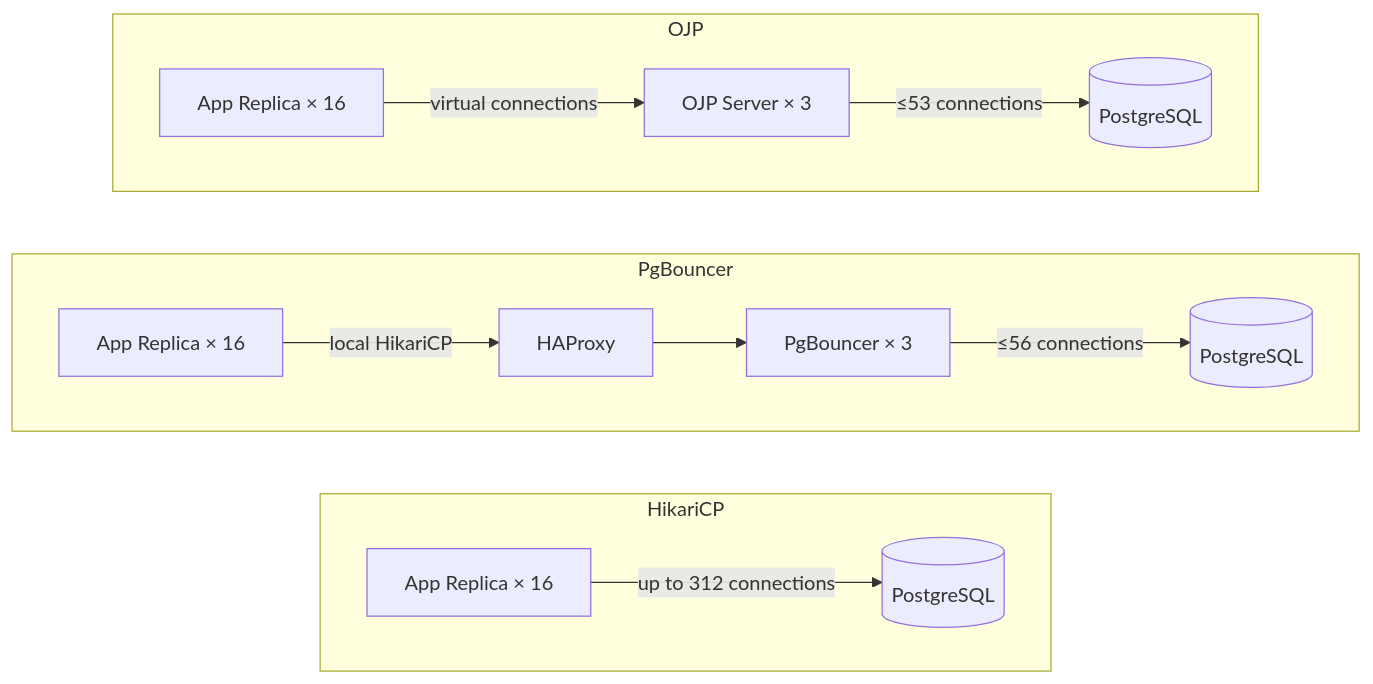
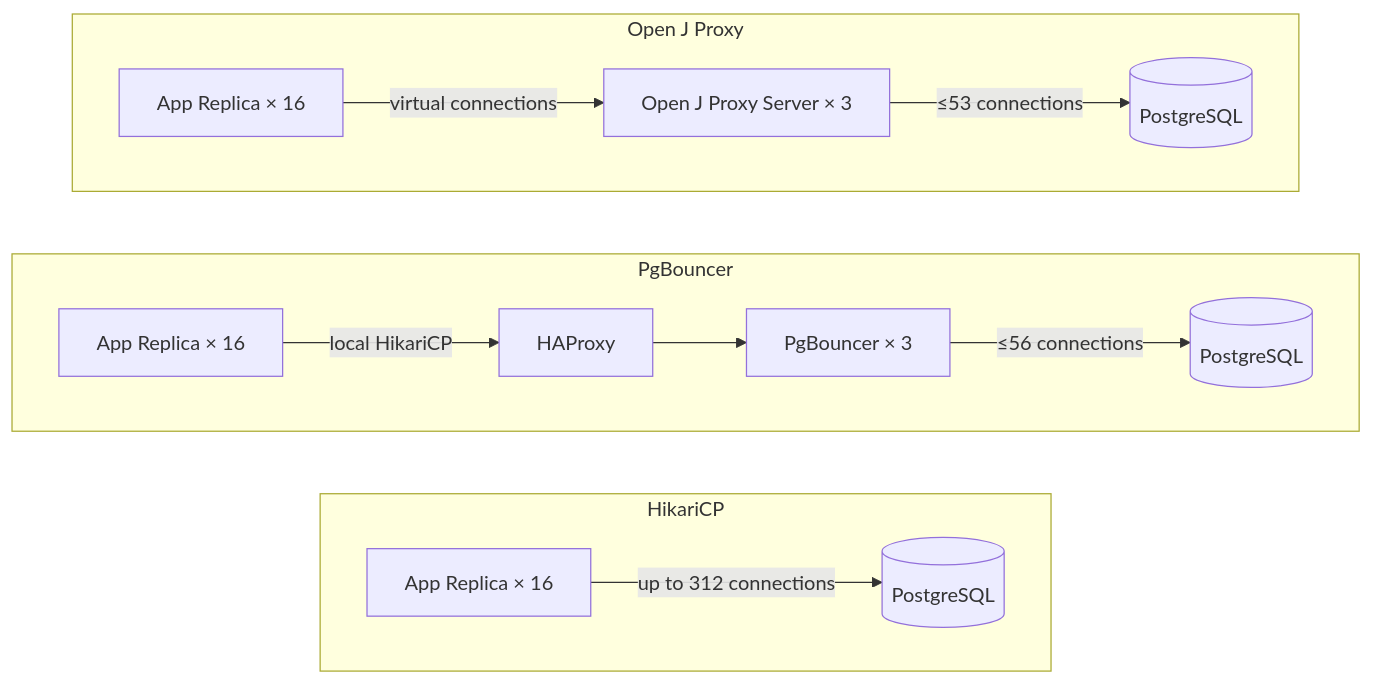
One commit to rrobetti/stressum changed the first of 7 diagrams in article.md. Above: the diagram before and after it, drawn with Mermaid. The commit also changed other lines of this file, not shown here.

Commit message:
docs: replace OJP with Open J Proxy throughout article

````diff
--- a/article.md
+++ b/article.md
@@ -31,17 +31,17 @@
 ```mermaid
 flowchart LR
     subgraph HikariCP
         direction LR
         A1[App Replica × 16] -->|up to 312 connections| DB1[(PostgreSQL)]
     end
 
     subgraph PgBouncer
         direction LR
         A2[App Replica × 16] -->|local HikariCP| LB[HAProxy] --> PB[PgBouncer × 3] -->|≤56 connections| DB2[(PostgreSQL)]
     end
 
-    subgraph OJP
+    subgraph Open J Proxy
         direction LR
-        A3[App Replica × 16] -->|virtual connections| OJ[OJP Server × 3] -->|≤53 connections| DB3[(PostgreSQL)]
+        A3[App Replica × 16] -->|virtual connections| OJ[Open J Proxy Server × 3] -->|≤53 connections| DB3[(PostgreSQL)]
     end
 ```
````
